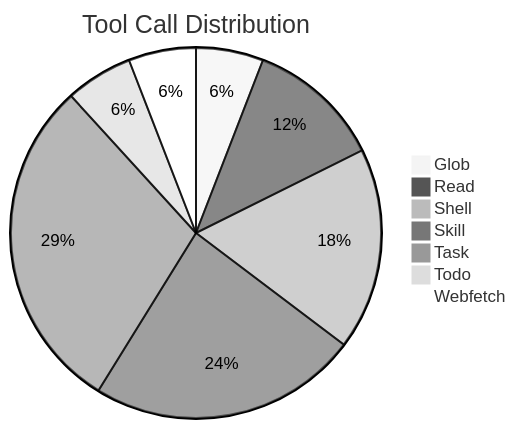
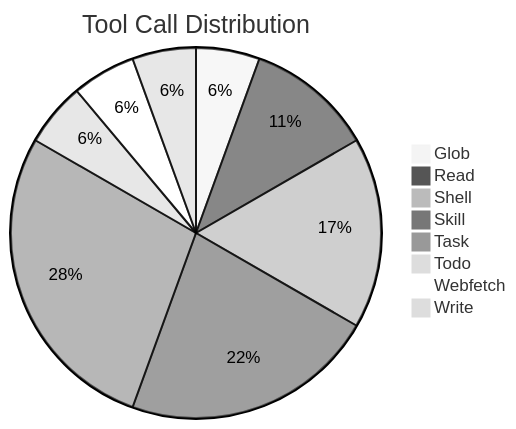
One commit to Cogni-AI-OU/cogni-ai-agent-skills changed the first of 10 diagrams in agent-log-analysis/SKILL.md. Above: the diagram before and after it, drawn with Mermaid (neutral theme).

Commit message:
Add 'Write' skill entry
Added 'Write' skill entry to the SKILL.md file.

````diff
--- a/agent-log-analysis/SKILL.md
+++ b/agent-log-analysis/SKILL.md
@@ -112,10 +112,11 @@
 ```mermaid
 pie title Tool Call Distribution
     "Glob" : 1
     "Read" : 2
     "Shell" : 3
     "Skill" : 4
     "Task" : 5
     "Todo" : 1
     "Webfetch": 1
+    "Write": 1
 ```
````
